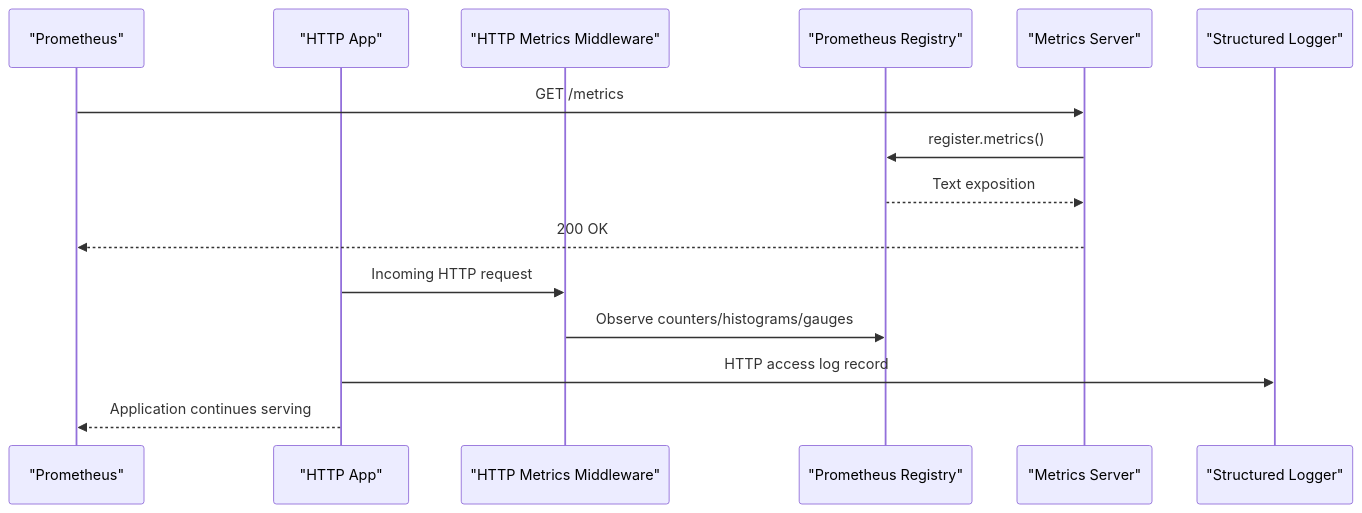
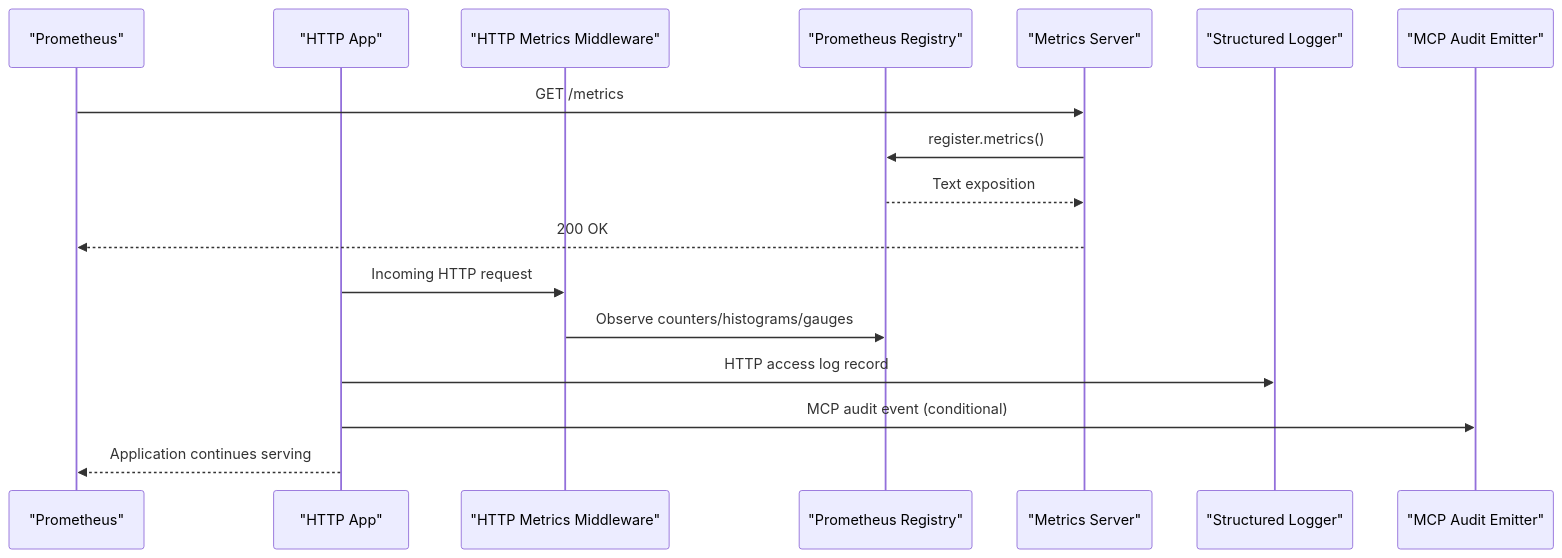
Before and after one commit to debian777/kairos-mcp: the second of 7 diagrams in .qoder/repowiki/en/content/Monitoring & Observability.md, drawn with Mermaid. The commit also changed other lines of this file and 5 other files, not shown here.

````diff
--- a/.qoder/repowiki/en/content/Monitoring & Observability.md
+++ b/.qoder/repowiki/en/content/Monitoring & Observability.md
@@ -128,17 +161,19 @@
 ```mermaid
 sequenceDiagram
 participant Prom as "Prometheus"
 participant App as "HTTP App"
 participant MW as "HTTP Metrics Middleware"
 participant Reg as "Prometheus Registry"
 participant Met as "Metrics Server"
 participant Log as "Structured Logger"
+participant Audit as "MCP Audit Emitter"
 Prom->>Met : GET /metrics
 Met->>Reg : register.metrics()
 Reg-->>Met : Text exposition
 Met-->>Prom : 200 OK
 App->>MW : Incoming HTTP request
 MW->>Reg : Observe counters/histograms/gauges
 App->>Log : HTTP access log record
+App->>Audit : MCP audit event (conditional)
 App-->>Prom : Application continues serving
 ```
````
